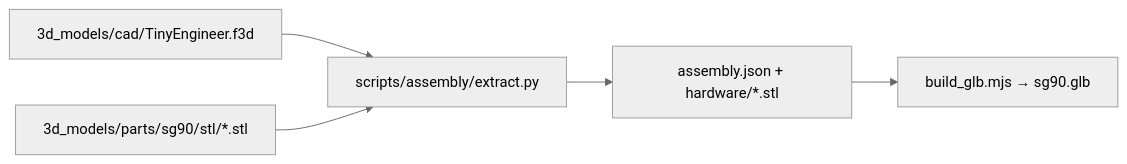
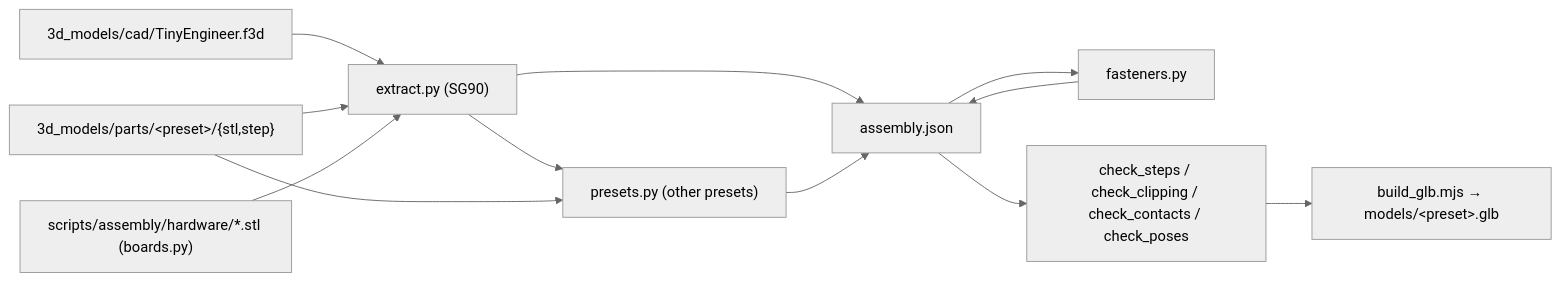
Before and after one commit to jamro/tiny-engineer: the diagram in docs/3d/assembly-viewer.md, drawn with Mermaid (neutral theme). The commit also changed other lines of this file and 2 other files, not shown here.

Commit message:
docs: tidy the assembly model docs

````diff
--- a/docs/3d/assembly-viewer.md
+++ b/docs/3d/assembly-viewer.md
@@ -5,11 +5,21 @@
 ```mermaid
 flowchart LR
   f3d["3d_models/cad/TinyEngineer.f3d"]
-  stl["3d_models/parts/sg90/stl/*.stl"]
-  extract["scripts/assembly/extract.py"]
-  json["assembly.json + hardware/*.stl"]
-  glb["build_glb.mjs → sg90.glb"]
+  parts["3d_models/parts/&lt;preset&gt;/{stl,step}"]
+  boards["scripts/assembly/hardware/*.stl (boards.py)"]
+  extract["extract.py (SG90)"]
+  presets["presets.py (other presets)"]
+  fasteners["fasteners.py"]
+  json["assembly.json"]
+  checks["check_steps / check_clipping / check_contacts / check_poses"]
+  glb["build_glb.mjs → models/&lt;preset&gt;.glb"]
   f3d --> extract
-  stl --> extract
-  extract --> json --> glb
+  parts --> extract
+  boards --> extract
+  extract --> presets
+  parts --> presets
+  extract --> json
+  presets --> json
+  json --> fasteners --> json
+  json --> checks --> glb
 ```
````
